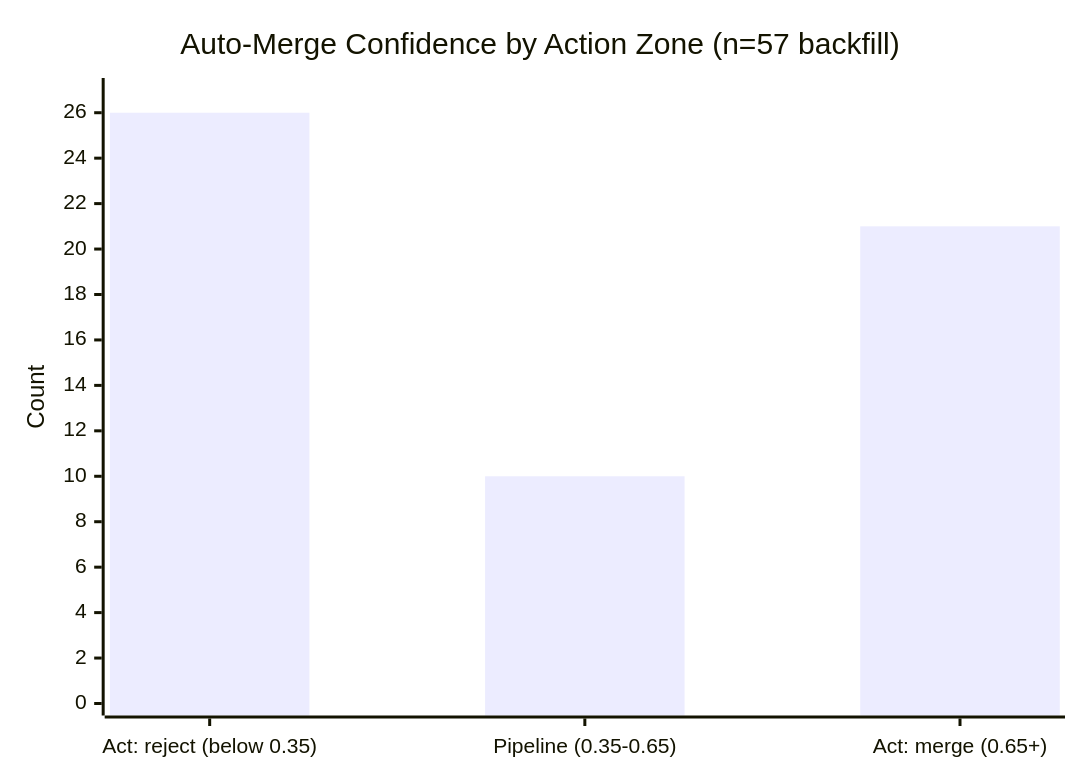
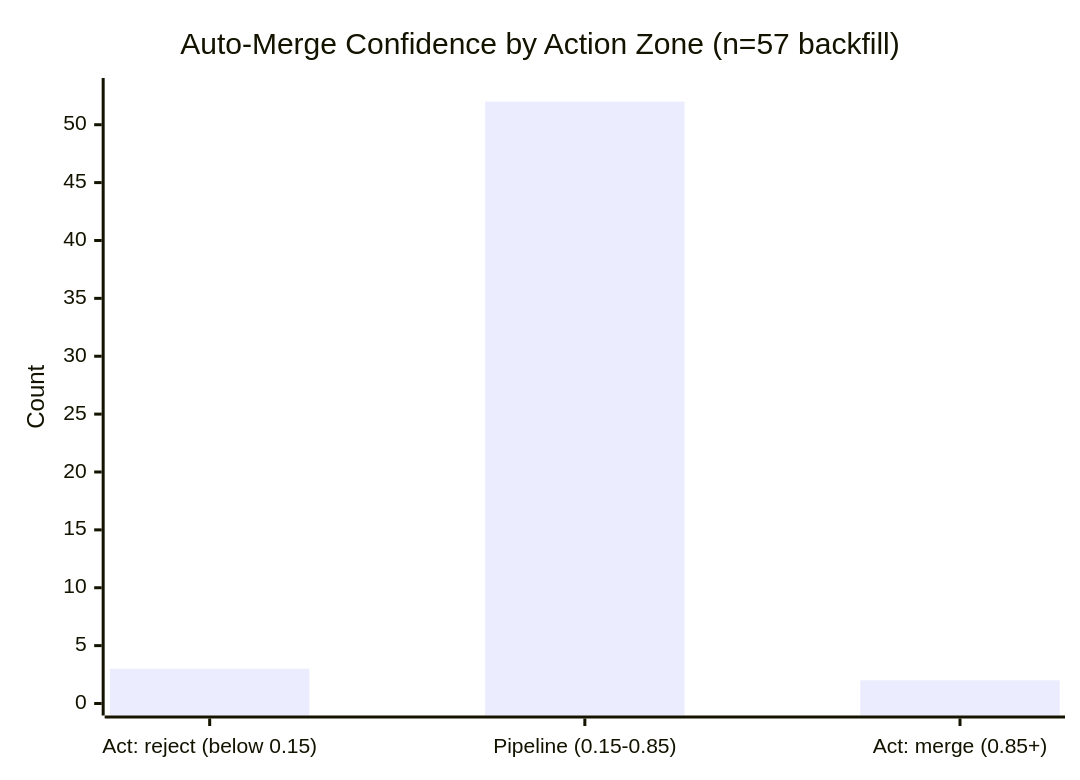
Before and after one commit to Sanctum-Origo-Systems/patina: the fourth of 4 diagrams in JEV.md, drawn with Mermaid. The commit also changed other lines of this file, not shown here.

````diff
--- a/JEV.md
+++ b/JEV.md
@@ -74,7 +123,7 @@
 ```mermaid
 xychart-beta
     title "Auto-Merge Confidence by Action Zone (n=57 backfill)"
-    x-axis ["Act: reject (below 0.35)", "Pipeline (0.35-0.65)", "Act: merge (0.65+)"]
-    y-axis "Count" 0 --> 27
-    bar [26, 10, 21]
+    x-axis ["Act: reject (below 0.15)", "Pipeline (0.15-0.85)", "Act: merge (0.85+)"]
+    y-axis "Count" 0 --> 53
+    bar [3, 52, 2]
 ```
````
